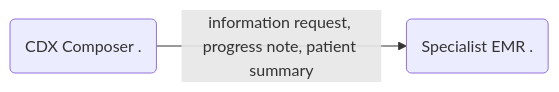
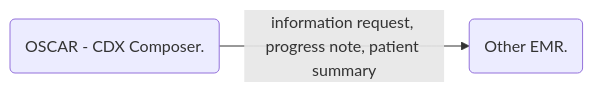
One commit to simbioses/cdxuserman changed the diagram in content/006_for_users/021_cdxComposer/_index.md. Above: the diagram before and after it, drawn with Mermaid. The commit also changed other lines of this file and 9 other files, not shown here.

```diff
--- a/content/006_for_users/021_cdxComposer/_index.md
+++ b/content/006_for_users/021_cdxComposer/_index.md
@@ -14,4 +14,4 @@
 {{<mermaid align="left">}}
 graph LR;
-    A(CDX Composer .)  -->|information request, progress note, patient summary| B(Specialist EMR .)
+    A(OSCAR - CDX Composer.)  -->|information request, progress note, patient summary| B(Other EMR.)
 {{< /mermaid >}}
```
